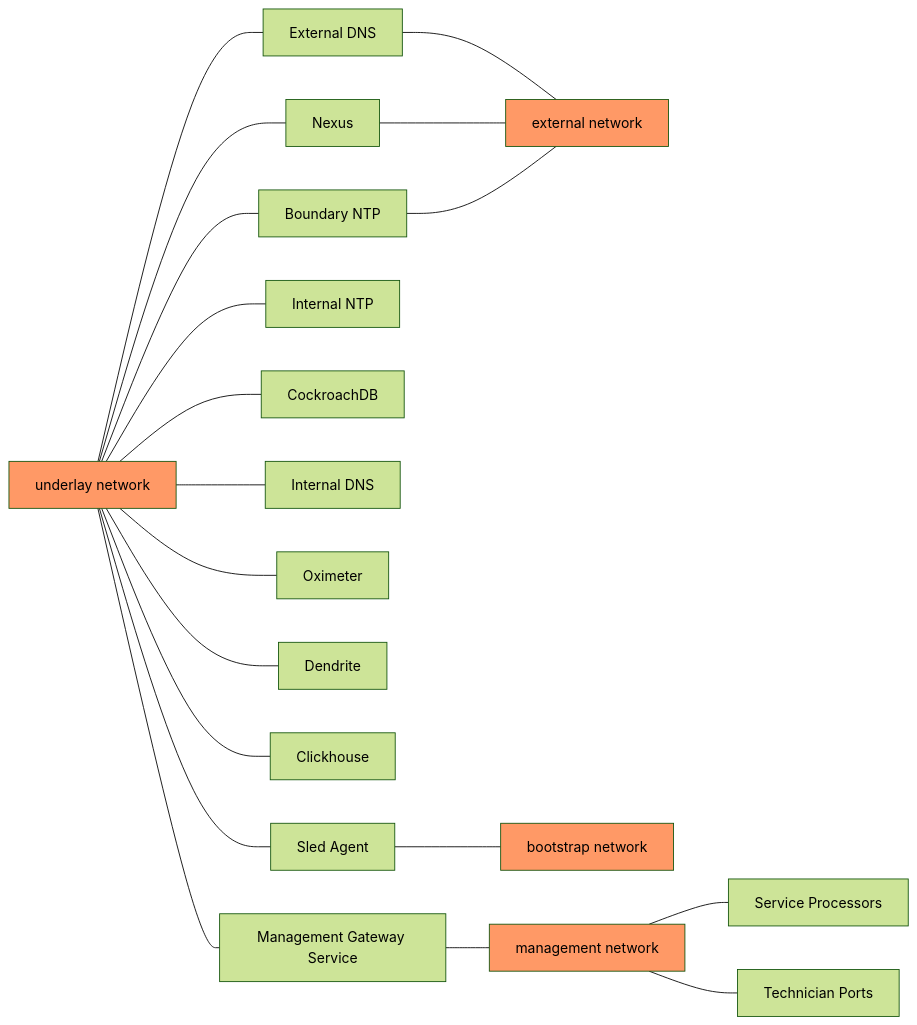
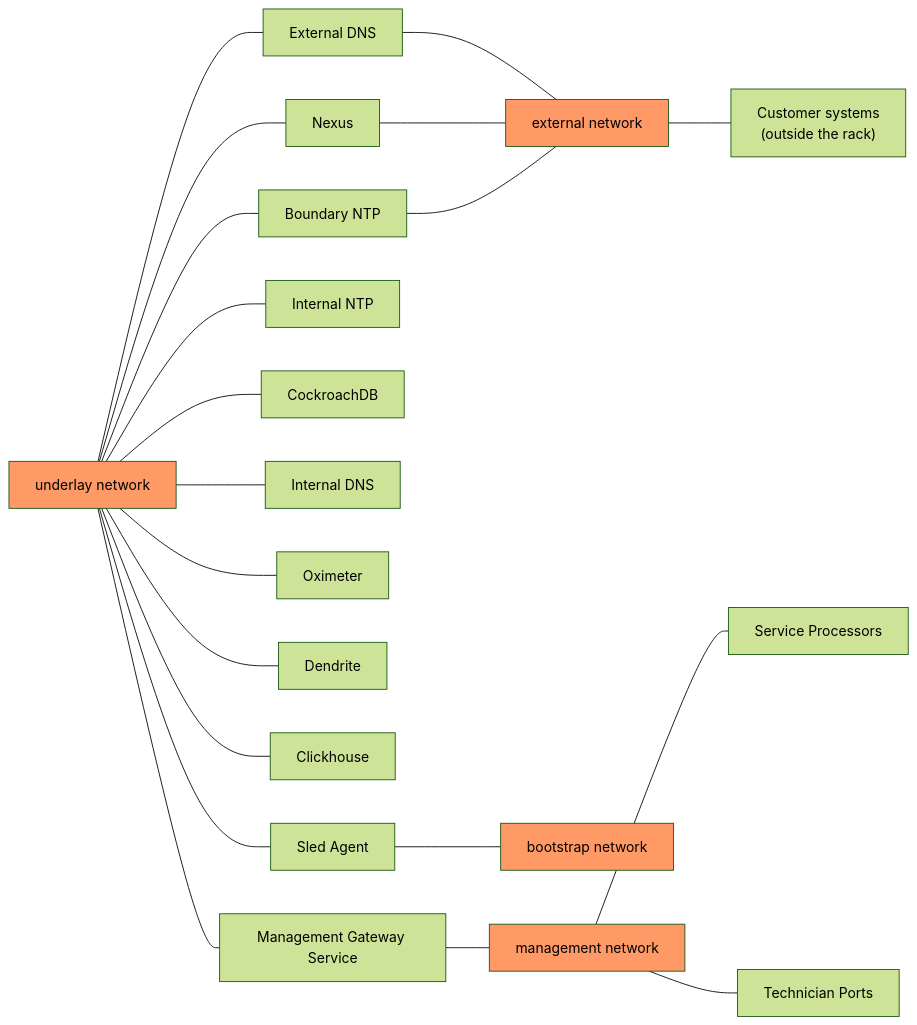
One commit to oxidecomputer/omicron changed the first of 2 diagrams in docs/networking.adoc. Above: the diagram before and after it, drawn with Mermaid (forest theme). The commit also changed other lines of this file, not shown here.

Commit message:
more review feedback

````diff
--- a/docs/networking.adoc
+++ b/docs/networking.adoc
@@ -132,46 +132,49 @@
 ```mermaid
 graph RL
 
     net_external --- ExternalDns
     net_external --- Nexus
     net_external --- BoundaryNtp
 
     ExternalDns --- net_underlay
     Nexus --- net_underlay
     BoundaryNtp --- net_underlay
     InternalNtp --- net_underlay
     CockroachDB --- net_underlay
     InternalDns --- net_underlay
     Oximeter --- net_underlay
     Dendrite --- net_underlay
     Clickhouse --- net_underlay
     SledAgent --- net_underlay
     MGS --- net_underlay
 
     net_management --- MGS
     SPs --- net_management
     TechPorts --- net_management
 
     net_bootstrap --- SledAgent
 
+    Custs --- net_external
+
     %% Labels are defined as needed at the end here to avoid changing the layout.
+    Custs["Customer systems\n(outside the rack)"]
     ExternalDns["External DNS"]
     BoundaryNtp["Boundary NTP"]
     InternalNtp["Internal NTP"]
     InternalDns["Internal DNS"]
     SledAgent["Sled Agent"]
     MGS["Management Gateway Service"]
     SPs["Service Processors"]
     TechPorts["Technician Ports"]
 
     net_underlay["underlay network"]
     net_external["external network"]
     net_management["management network"]
     net_bootstrap["bootstrap network"]
 
     classDef network fill:#f96
     class net_external network
     class net_management network
     class net_underlay network
     class net_bootstrap network
 ```
````
